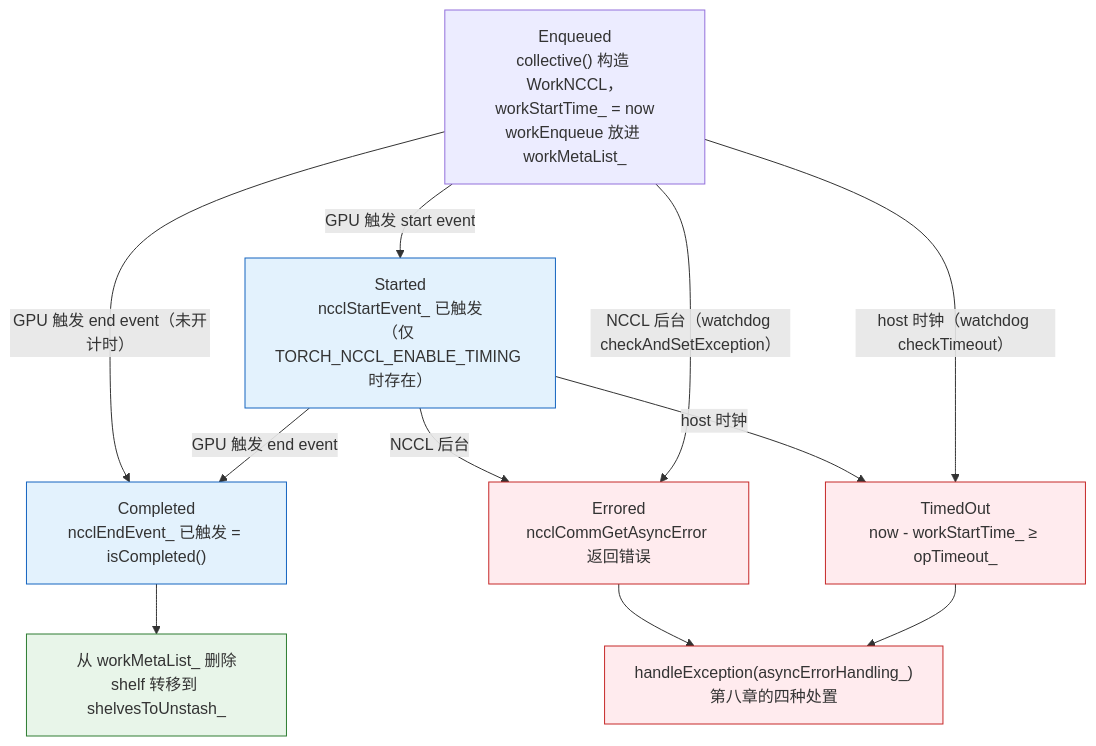
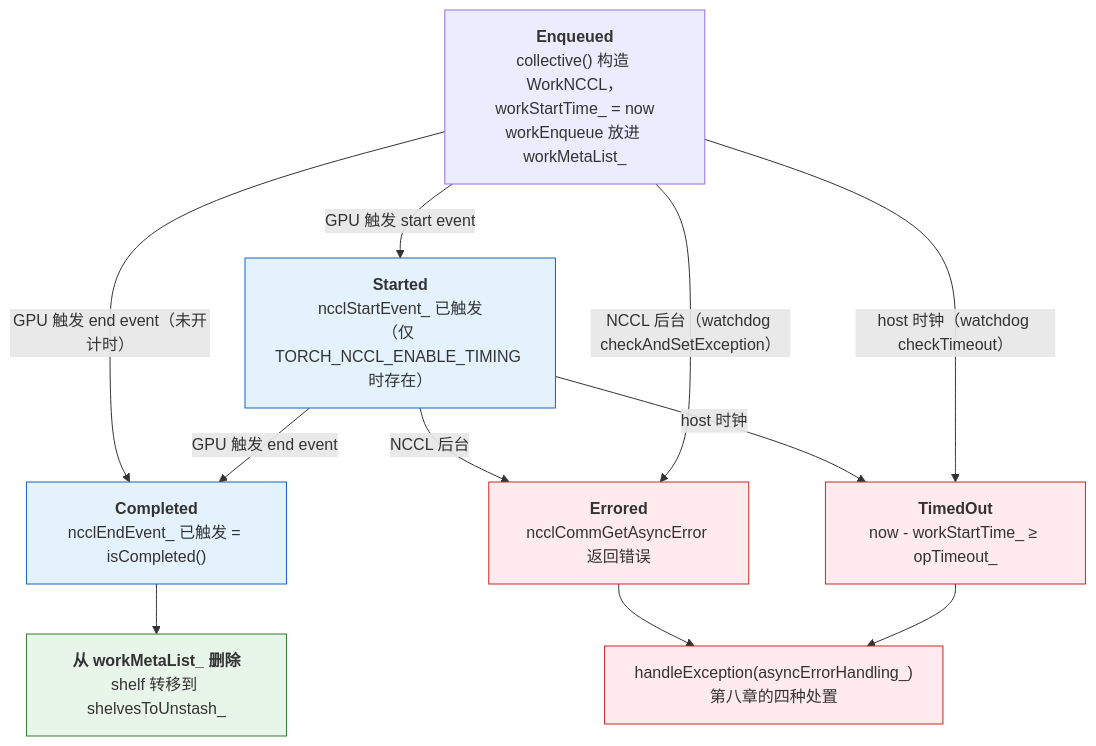
One commit to arganzheng/arganzheng.github.com changed the first of 4 diagrams in _posts/2026-06-17-pytorch-communication-stack-processgroupnccl-and-streams.md. Above: the diagram before and after it, drawn with Mermaid. The commit also changed other lines of this file and 6 other files, not shown here.

First line of the commit message:
通信与互联：从 NCCL 到 RDMA：Mermaid 多行方框的首行标为标题（7 篇）

````diff
--- a/_posts/2026-06-17-pytorch-communication-stack-processgroupnccl-and-streams.md
+++ b/_posts/2026-06-17-pytorch-communication-stack-processgroupnccl-and-streams.md
@@ -193,27 +193,27 @@
 ```mermaid
 %% 图：WorkNCCL 的状态机：Enqueued → Started → Completed，超时与异步错误由 watchdog 轮询发现
 flowchart TB
-    Enq["Enqueued<br/>collective() 构造 WorkNCCL，workStartTime_ = now<br/>workEnqueue 放进 workMetaList_"]
-    Sta["Started<br/>ncclStartEvent_ 已触发<br/>（仅 TORCH_NCCL_ENABLE_TIMING 时存在）"]
-    Cmp["Completed<br/>ncclEndEvent_ 已触发 = isCompleted()"]
-    Tmo["TimedOut<br/>now - workStartTime_ ≥ opTimeout_"]
-    Err["Errored<br/>ncclCommGetAsyncError 返回错误"]
-    Ret["从 workMetaList_ 删除<br/>shelf 转移到 shelvesToUnstash_"]
+    Enq["<b>Enqueued</b><br/>collective() 构造 WorkNCCL，workStartTime_ = now<br/>workEnqueue 放进 workMetaList_"]
+    Sta["<b>Started</b><br/>ncclStartEvent_ 已触发<br/>（仅 TORCH_NCCL_ENABLE_TIMING 时存在）"]
+    Cmp["<b>Completed</b><br/>ncclEndEvent_ 已触发 = isCompleted()"]
+    Tmo["<b>TimedOut</b><br/>now - workStartTime_ ≥ opTimeout_"]
+    Err["<b>Errored</b><br/>ncclCommGetAsyncError 返回错误"]
+    Ret["<b>从 workMetaList_ 删除</b><br/>shelf 转移到 shelvesToUnstash_"]
     Hex["handleException(asyncErrorHandling_)<br/>第八章的四种处置"]
     Enq -->|"GPU 触发 start event"| Sta
     Sta -->|"GPU 触发 end event"| Cmp
     Enq -->|"GPU 触发 end event（未开计时）"| Cmp
     Enq -->|"host 时钟（watchdog checkTimeout）"| Tmo
     Sta -->|"host 时钟"| Tmo
     Enq -->|"NCCL 后台（watchdog checkAndSetException）"| Err
     Sta -->|"NCCL 后台"| Err
     Cmp --> Ret
     Tmo --> Hex
     Err --> Hex
     classDef gpu fill:#e3f2fd,stroke:#1565c0;
     classDef bad fill:#ffebee,stroke:#c62828;
     classDef fin fill:#e8f5e9,stroke:#2e7d32;
     class Sta,Cmp gpu;
     class Tmo,Err,Hex bad;
     class Ret fin;
 ```
````
